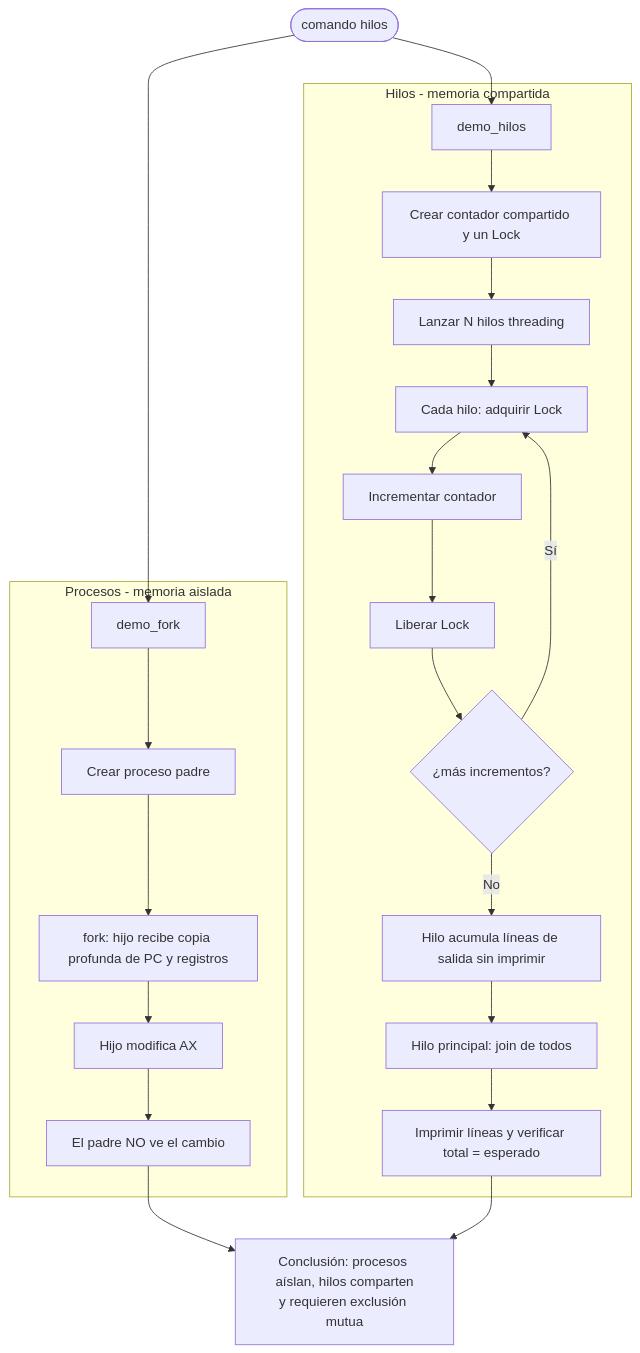
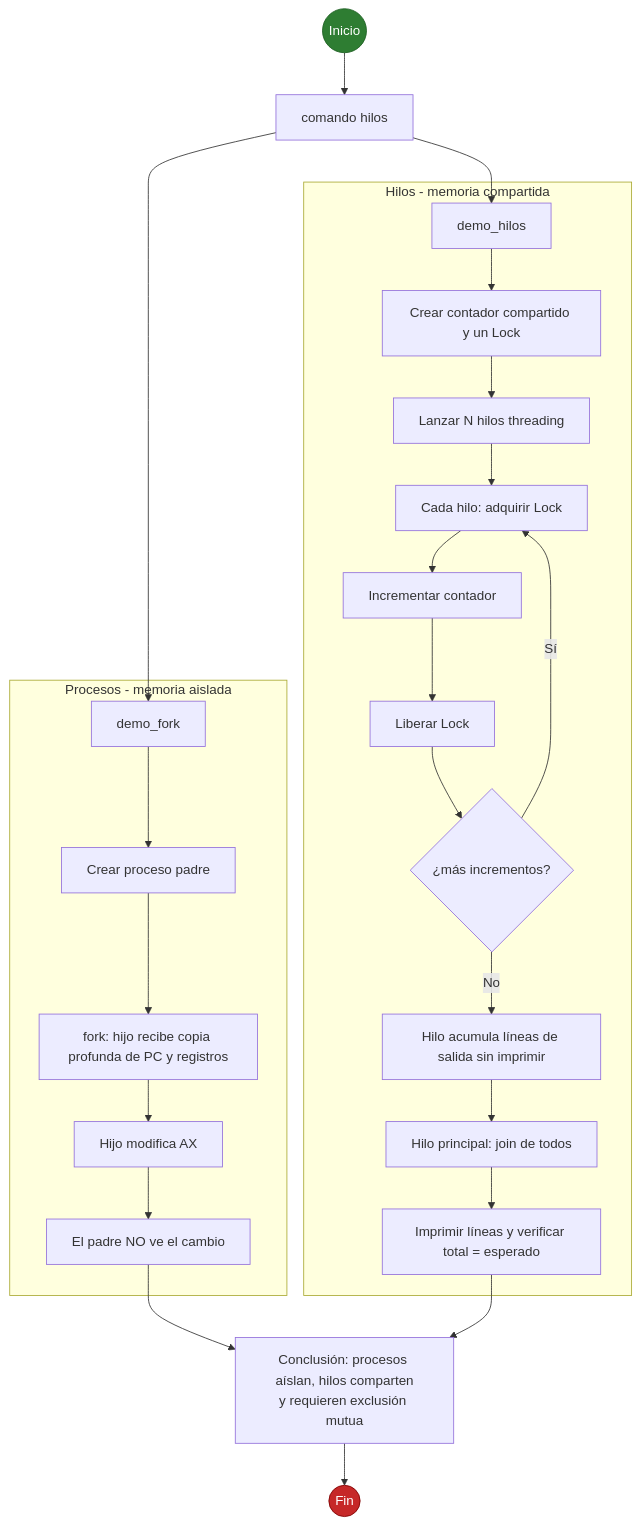
The diagram in docs/flujogramas/11_demo_proceso_vs_hilo.mmd (mjoacobf/SI421V_SW407V_Proyecto), drawn with Mermaid before and after one commit. The commit also changed 24 other files, not shown here.

```diff
--- a/docs/flujogramas/11_demo_proceso_vs_hilo.mmd
+++ b/docs/flujogramas/11_demo_proceso_vs_hilo.mmd
@@ -1,26 +1,33 @@
 flowchart TD
-    A(["comando hilos"]) --> B["demo_fork"]
+    INI(("Inicio")) --> A["comando hilos"]
+    A --> B["demo_fork"]
     A --> H["demo_hilos"]
 
     subgraph PROCESOS["Procesos - memoria aislada"]
         B --> B1["Crear proceso padre"]
         B1 --> B2["fork: hijo recibe copia profunda de PC y registros"]
         B2 --> B3["Hijo modifica AX"]
         B3 --> B4["El padre NO ve el cambio"]
     end
 
     subgraph HILOS["Hilos - memoria compartida"]
         H --> H1["Crear contador compartido y un Lock"]
         H1 --> H2["Lanzar N hilos threading"]
         H2 --> H3["Cada hilo: adquirir Lock"]
         H3 --> H4["Incrementar contador"]
         H4 --> H5["Liberar Lock"]
         H5 --> H6{"¿más incrementos?"}
         H6 -- "Sí" --> H3
         H6 -- "No" --> H7["Hilo acumula líneas de salida sin imprimir"]
         H7 --> H8["Hilo principal: join de todos"]
         H8 --> H9["Imprimir líneas y verificar total = esperado"]
     end
 
-    B4 --> FIN["Conclusión: procesos aíslan, hilos comparten<br/>y requieren exclusión mutua"]
-    H9 --> FIN
+    B4 --> CON["Conclusión: procesos aíslan, hilos comparten<br/>y requieren exclusión mutua"]
+    CON --> FIN(("Fin"))
+    H9 --> CON
+
+    classDef inicio fill:#2e7d32,stroke:#1b5e20,color:#ffffff
+    classDef fin fill:#c62828,stroke:#7f0000,color:#ffffff
+    class INI inicio
+    class FIN fin
```
